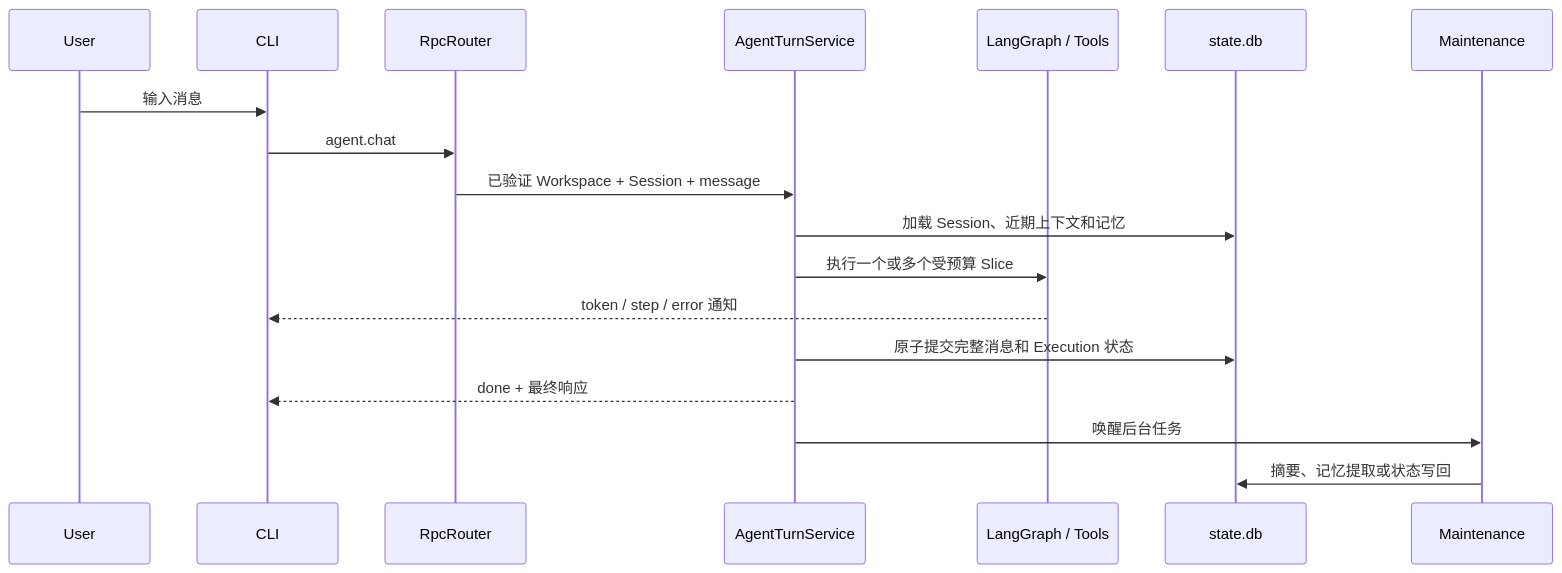
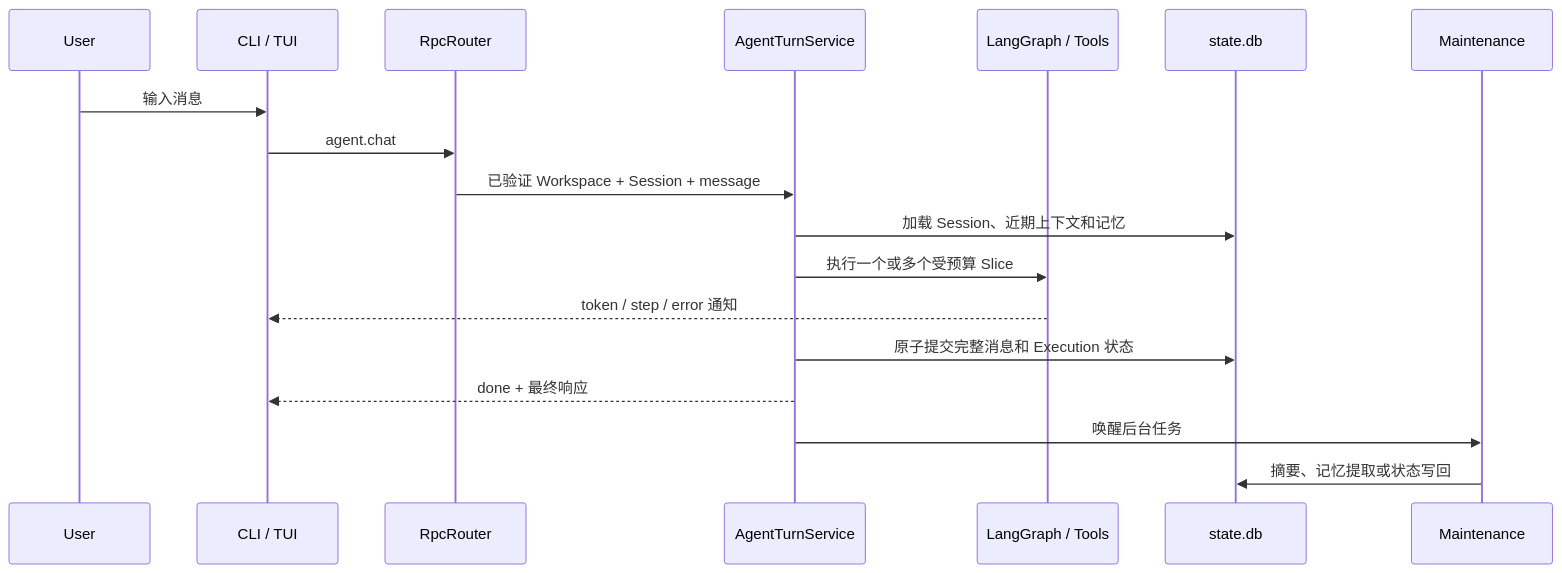
Before and after one commit to Dzheng2250/learn_langchain: the second of 2 diagrams in docs/architecture/system-overview.md, drawn with Mermaid. The commit also changed other lines of this file and 8 other files, not shown here.

````diff
--- a/docs/architecture/system-overview.md
+++ b/docs/architecture/system-overview.md
@@ -65,21 +76,21 @@
 ```mermaid
 sequenceDiagram
     participant U as User
-    participant C as CLI
+    participant F as CLI / TUI
     participant R as RpcRouter
     participant A as AgentTurnService
     participant G as LangGraph / Tools
     participant S as state.db
     participant M as Maintenance
 
-    U->>C: 输入消息
-    C->>R: agent.chat
+    U->>F: 输入消息
+    F->>R: agent.chat
     R->>A: 已验证 Workspace + Session + message
     A->>S: 加载 Session、近期上下文和记忆
     A->>G: 执行一个或多个受预算 Slice
-    G-->>C: token / step / error 通知
+    G-->>F: token / step / error 通知
     A->>S: 原子提交完整消息和 Execution 状态
-    A-->>C: done + 最终响应
+    A-->>F: done + 最终响应
     A->>M: 唤醒后台任务
     M->>S: 摘要、记忆提取或状态写回
 ```
````
